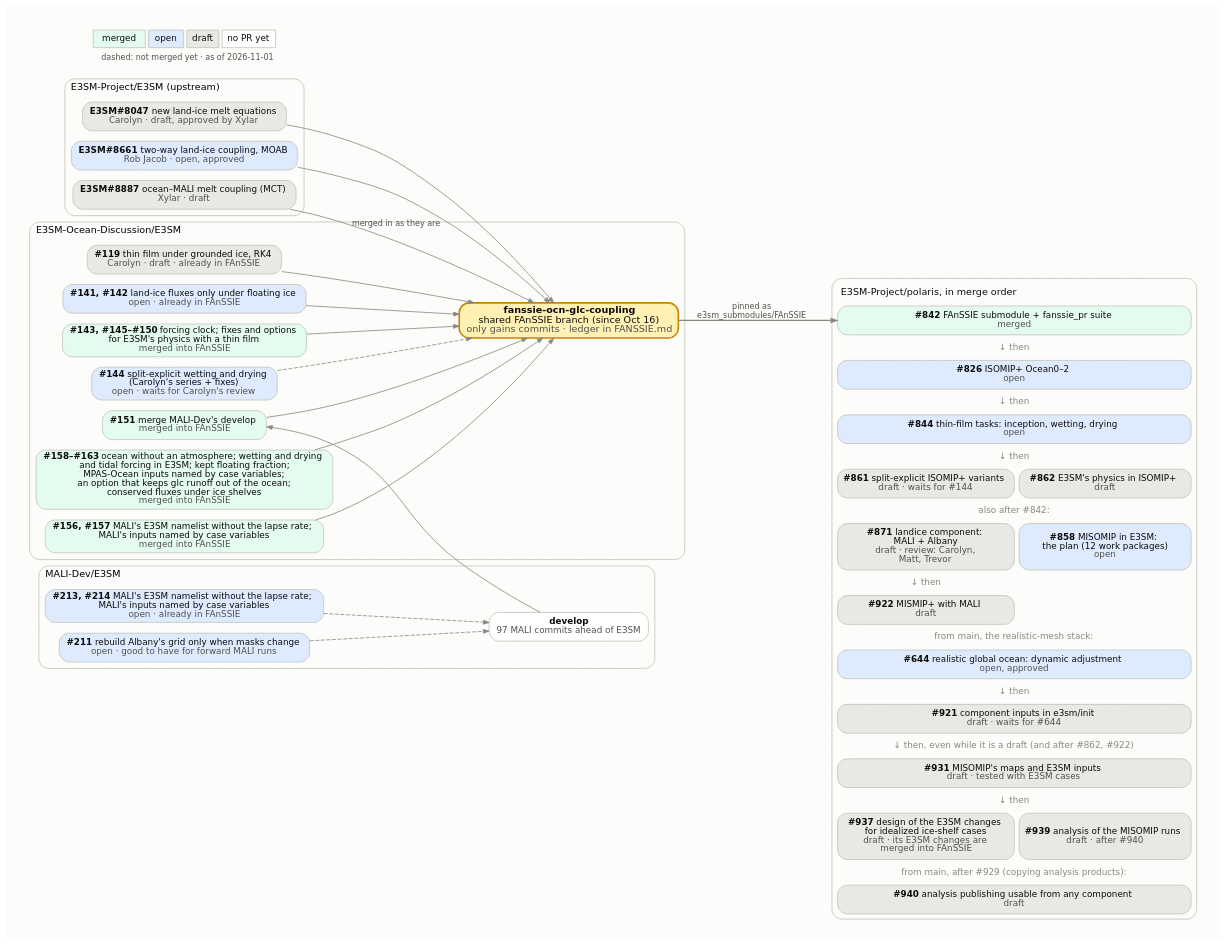
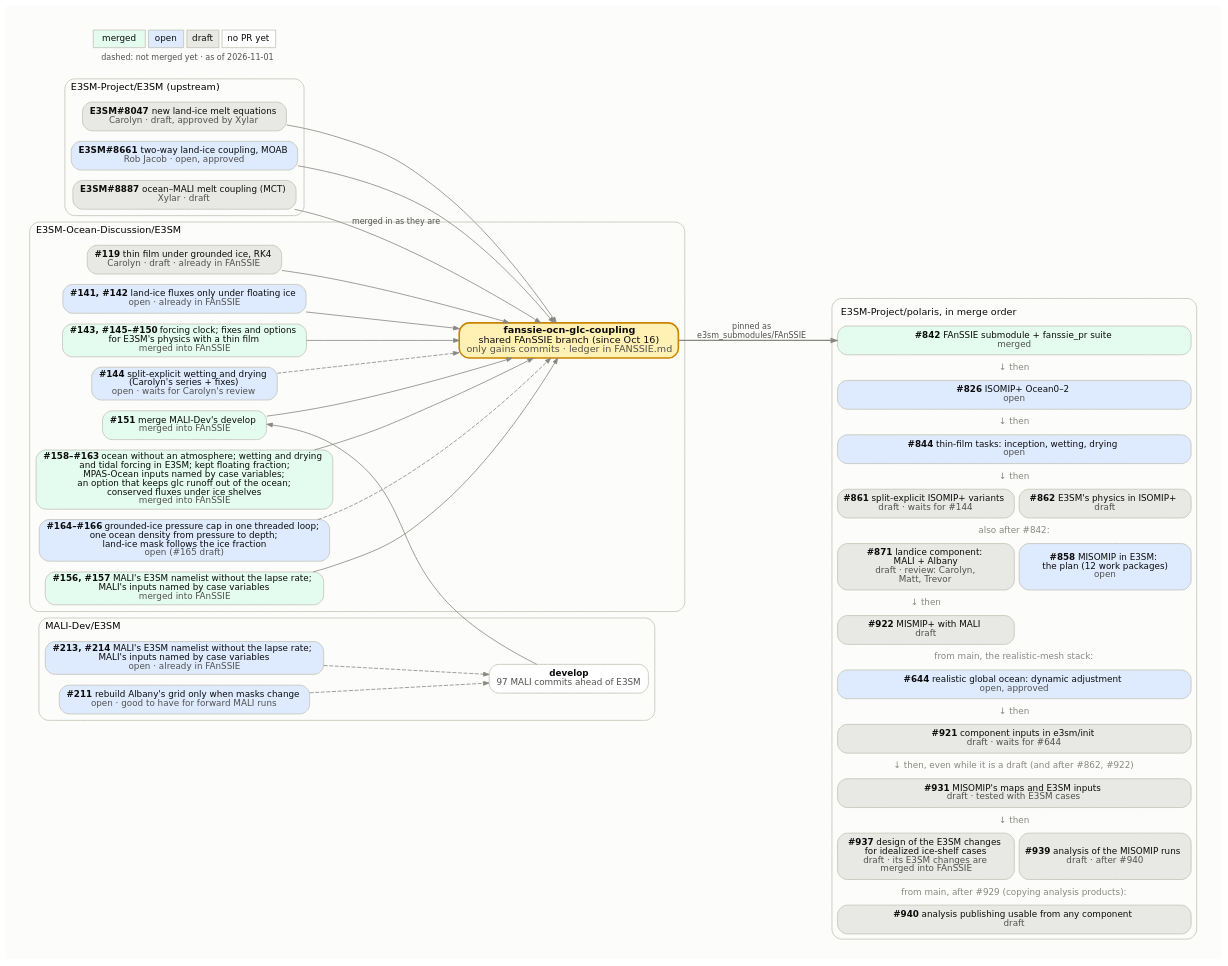
The diagram in docs/design_docs/misomip/code_flow.dot (E3SM-Project/polaris), drawn with Graphviz before and after one commit. The commit also changed 3 other files, not shown here.

```diff
--- a/docs/design_docs/misomip/code_flow.dot
+++ b/docs/design_docs/misomip/code_flow.dot
@@ -1,105 +1,107 @@
 // How the upstream E3SM PRs, the E3SM-Ocean-Discussion PRs, the
 // fanssie-ocn-glc-coupling branch and the Polaris PRs fit together.
 //
 // Regenerate with Graphviz 14 (Chrysalis's /usr/bin/dot 2.40 lays it out
 // wider), with the text drawn as paths so it looks the same everywhere:
 //
 //     pixi exec -s graphviz dot -Tsvg:cairo code_flow.dot -o code_flow.svg
 //
 // Fill by state: merged #e3fcef, open #deebff, draft #e8e8e4, no PR yet
 // #ffffff. Dashed edges into the FAnSSIE branch mark PRs not merged into it
 // yet. The Polaris side is one HTML-table node, in merge order, because
 // Graphviz would not keep separate boxes in that order. Update the date in
 // the legend.
 digraph fanssie {
   rankdir=LR;
   bgcolor="#fcfcfb";
   pad=0.3;
   nodesep=0.18;
   ranksep=0.7;
   fontname="DejaVu Sans";
   node [shape=box, style="rounded,filled", fontname="DejaVu Sans",
         fontsize=11, color="#c3c2b7", fontcolor="#0b0b0b", penwidth=1,
         margin="0.12,0.06"];
   edge [color="#898781", arrowsize=0.7, fontname="DejaVu Sans",
         fontsize=10, fontcolor="#52514e"];
 
   subgraph cluster_upstream {
     label="E3SM-Project/E3SM (upstream)";
     labeljust=l; fontsize=12; color="#c3c2b7"; style="rounded";
     e8047 [label=<<b>E3SM#8047</b>  new land-ice melt equations<br/><font color="#52514e">Carolyn · draft, approved by Xylar</font>>, fillcolor="#e8e8e4"];
     e8661 [label=<<b>E3SM#8661</b>  two-way land-ice coupling, MOAB<br/><font color="#52514e">Rob Jacob · open, approved</font>>, fillcolor="#deebff"];
     e8887 [label=<<b>E3SM#8887</b>  ocean–MALI melt coupling (MCT)<br/><font color="#52514e">Xylar · draft</font>>, fillcolor="#e8e8e4"];
   }
 
   subgraph cluster_malidev {
     label="MALI-Dev/E3SM";
     labeljust=l; fontsize=12; color="#c3c2b7"; style="rounded";
     malidev [label=<<b>develop</b><br/><font color="#52514e">97 MALI commits ahead of E3SM</font>>, fillcolor="#ffffff"];
     m213 [label=<<b>#213, #214</b>  MALI's E3SM namelist without the lapse rate;<br/>MALI's inputs named by case variables<br/><font color="#52514e">open · already in FAnSSIE</font>>, fillcolor="#deebff"];
     m211 [label=<<b>#211</b>  rebuild Albany's grid only when masks change<br/><font color="#52514e">open · good to have for forward MALI runs</font>>, fillcolor="#deebff"];
   }
 
   subgraph cluster_eod {
     label="E3SM-Ocean-Discussion/E3SM";
     labeljust=l; fontsize=12; color="#c3c2b7"; style="rounded";
     d119 [label=<<b>#119</b>  thin film under grounded ice, RK4<br/><font color="#52514e">Carolyn · draft · already in FAnSSIE</font>>, fillcolor="#e8e8e4"];
     d141 [label=<<b>#141, #142</b>  land-ice fluxes only under floating ice<br/><font color="#52514e">open · already in FAnSSIE</font>>, fillcolor="#deebff"];
     d143 [label=<<b>#143, #145–#150</b>  forcing clock; fixes and options<br/>for E3SM's physics with a thin film<br/><font color="#52514e">merged into FAnSSIE</font>>, fillcolor="#e3fcef"];
     d144 [label=<<b>#144</b>  split-explicit wetting and drying<br/>(Carolyn's series + fixes)<br/><font color="#52514e">open · waits for Carolyn's review</font>>, fillcolor="#deebff"];
     d151 [label=<<b>#151</b>  merge MALI-Dev's develop<br/><font color="#52514e">merged into FAnSSIE</font>>, fillcolor="#e3fcef"];
     d158 [label=<<b>#158–#163</b>  ocean without an atmosphere; wetting and drying<br/>and tidal forcing in E3SM; kept floating fraction;<br/>MPAS-Ocean inputs named by case variables;<br/>an option that keeps glc runoff out of the ocean;<br/>conserved fluxes under ice shelves<br/><font color="#52514e">merged into FAnSSIE</font>>, fillcolor="#e3fcef"];
+    d164 [label=<<b>#164–#166</b>  grounded-ice pressure cap in one threaded loop;<br/>one ocean density from pressure to depth;<br/>land-ice mask follows the ice fraction<br/><font color="#52514e">open (#165 draft)</font>>, fillcolor="#deebff"];
     d156 [label=<<b>#156, #157</b>  MALI's E3SM namelist without the lapse rate;<br/>MALI's inputs named by case variables<br/><font color="#52514e">merged into FAnSSIE</font>>, fillcolor="#e3fcef"];
     fanssie [label=<<b>fanssie-ocn-glc-coupling</b><br/>shared FAnSSIE branch (since Oct 16)<br/><font color="#52514e">only gains commits · ledger in FANSSIE.md</font>>,
              fillcolor="#fff0b3", penwidth=2, color="#c98500", fontsize=12];
   }
 
   polaris [shape=plaintext, style="", label=<
     <table border="1" color="#c3c2b7" style="rounded" cellborder="1" cellspacing="6" cellpadding="4" bgcolor="#fcfcfb">
       <tr><td border="0" colspan="2" align="left"><font point-size="12">E3SM-Project/polaris, in merge order</font></td></tr>
       <tr><td port="p842" bgcolor="#e3fcef" colspan="2" style="rounded" cellpadding="6"><b>#842</b>  FAnSSIE submodule + fanssie_pr suite<br/><font color="#52514e">merged</font></td></tr>
       <tr><td border="0" colspan="2"><font color="#898781">↓ then</font></td></tr>
       <tr><td port="p826" bgcolor="#deebff" colspan="2" style="rounded" cellpadding="6"><b>#826</b>  ISOMIP+ Ocean0–2<br/><font color="#52514e">open</font></td></tr>
       <tr><td border="0" colspan="2"><font color="#898781">↓ then</font></td></tr>
       <tr><td port="p844" bgcolor="#deebff" colspan="2" style="rounded" cellpadding="6"><b>#844</b>  thin-film tasks: inception, wetting, drying<br/><font color="#52514e">open</font></td></tr>
       <tr><td border="0" colspan="2"><font color="#898781">↓ then</font></td></tr>
       <tr><td port="p861" bgcolor="#e8e8e4" colspan="1" style="rounded" cellpadding="6"><b>#861</b>  split-explicit ISOMIP+ variants<br/><font color="#52514e">draft · waits for #144</font></td><td port="p862" bgcolor="#e8e8e4" colspan="1" style="rounded" cellpadding="6"><b>#862</b>  E3SM's physics in ISOMIP+<br/><font color="#52514e">draft</font></td></tr>
       <tr><td border="0" colspan="2"><font color="#898781">also after #842:</font></td></tr>
       <tr><td port="p871" bgcolor="#e8e8e4" colspan="1" style="rounded" cellpadding="6"><b>#871</b>  landice component:<br/>MALI + Albany<br/><font color="#52514e">draft · review: Carolyn,<br/>Matt, Trevor</font></td><td port="p858" bgcolor="#deebff" colspan="1" style="rounded" cellpadding="6"><b>#858</b>  MISOMIP in E3SM:<br/>the plan (12 work packages)<br/><font color="#52514e">open</font></td></tr>
       <tr><td border="0" colspan="1"><font color="#898781">↓ then</font></td><td border="0" colspan="1"></td></tr>
       <tr><td port="p922" bgcolor="#e8e8e4" colspan="1" style="rounded" cellpadding="6"><b>#922</b>  MISMIP+ with MALI<br/><font color="#52514e">draft</font></td><td border="0" colspan="1"></td></tr>
       <tr><td border="0" colspan="2"><font color="#898781">from main, the realistic-mesh stack:</font></td></tr>
       <tr><td port="p644" bgcolor="#deebff" colspan="2" style="rounded" cellpadding="6"><b>#644</b>  realistic global ocean: dynamic adjustment<br/><font color="#52514e">open, approved</font></td></tr>
       <tr><td border="0" colspan="2"><font color="#898781">↓ then</font></td></tr>
       <tr><td port="p921" bgcolor="#e8e8e4" colspan="2" style="rounded" cellpadding="6"><b>#921</b>  component inputs in e3sm/init<br/><font color="#52514e">draft · waits for #644</font></td></tr>
       <tr><td border="0" colspan="2"><font color="#898781">↓ then, even while it is a draft (and after #862, #922)</font></td></tr>
       <tr><td port="pwp56" bgcolor="#e8e8e4" colspan="2" style="rounded" cellpadding="6"><b>#931</b>  MISOMIP's maps and E3SM inputs<br/><font color="#52514e">draft · tested with E3SM cases</font></td></tr>
       <tr><td border="0" colspan="2"><font color="#898781">↓ then</font></td></tr>
       <tr><td port="pwp7" bgcolor="#e8e8e4" colspan="1" style="rounded" cellpadding="6"><b>#937</b>  design of the E3SM changes<br/>for idealized ice-shelf cases<br/><font color="#52514e">draft · its E3SM changes are<br/>merged into FAnSSIE</font></td><td port="pwp9" bgcolor="#e8e8e4" colspan="1" style="rounded" cellpadding="6"><b>#939</b>  analysis of the MISOMIP runs<br/><font color="#52514e">draft · after #940</font></td></tr>
       <tr><td border="0" colspan="2"><font color="#898781">from main, after #929 (copying analysis products):</font></td></tr>
       <tr><td port="p940" bgcolor="#e8e8e4" colspan="2" style="rounded" cellpadding="6"><b>#940</b>  analysis publishing usable from any component<br/><font color="#52514e">draft</font></td></tr>
     </table>>];
 
   e8047 -> fanssie;
   e8661 -> fanssie;
   e8887 -> fanssie [label="merged in as they are"];
   d119 -> fanssie;
   d141 -> fanssie;
   d143 -> fanssie;
   d144 -> fanssie [style=dashed];
   m211 -> malidev [style=dashed];
   m213 -> malidev [style=dashed];
   d156 -> fanssie;
   d158 -> fanssie;
+  d164 -> fanssie [style=dashed];
   malidev -> d151 [constraint=false];
   d151 -> fanssie;
 
   fanssie -> polaris:p842 [label="pinned as
 e3sm_submodules/FAnSSIE", penwidth=1.5];
 
   legend [shape=plaintext, style="", label=<
     <table border="0" cellborder="1" cellspacing="4" cellpadding="4" color="#c3c2b7">
       <tr><td bgcolor="#e3fcef">merged</td><td bgcolor="#deebff">open</td><td bgcolor="#e8e8e4">draft</td><td bgcolor="#ffffff">no PR yet</td></tr>
       <tr><td colspan="4" border="0"><font point-size="10" color="#52514e">dashed: not merged yet · as of 2026-11-01</font></td></tr>
     </table>>];
 }
```
